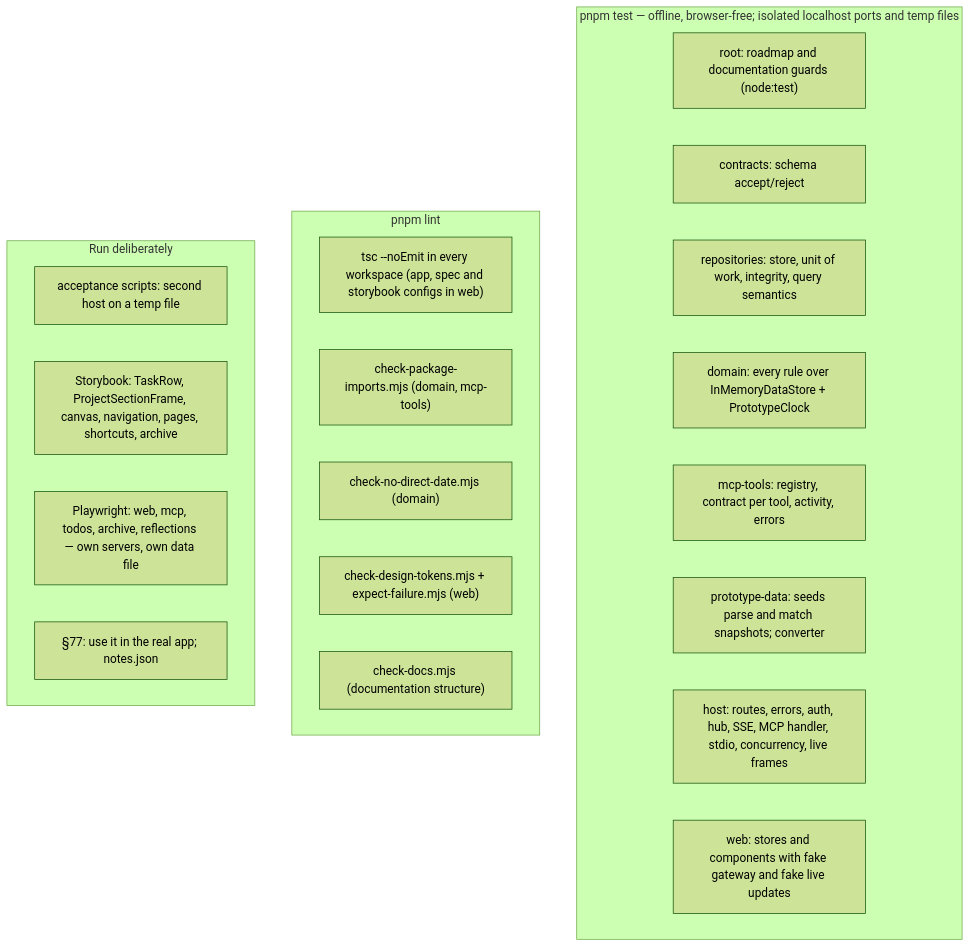
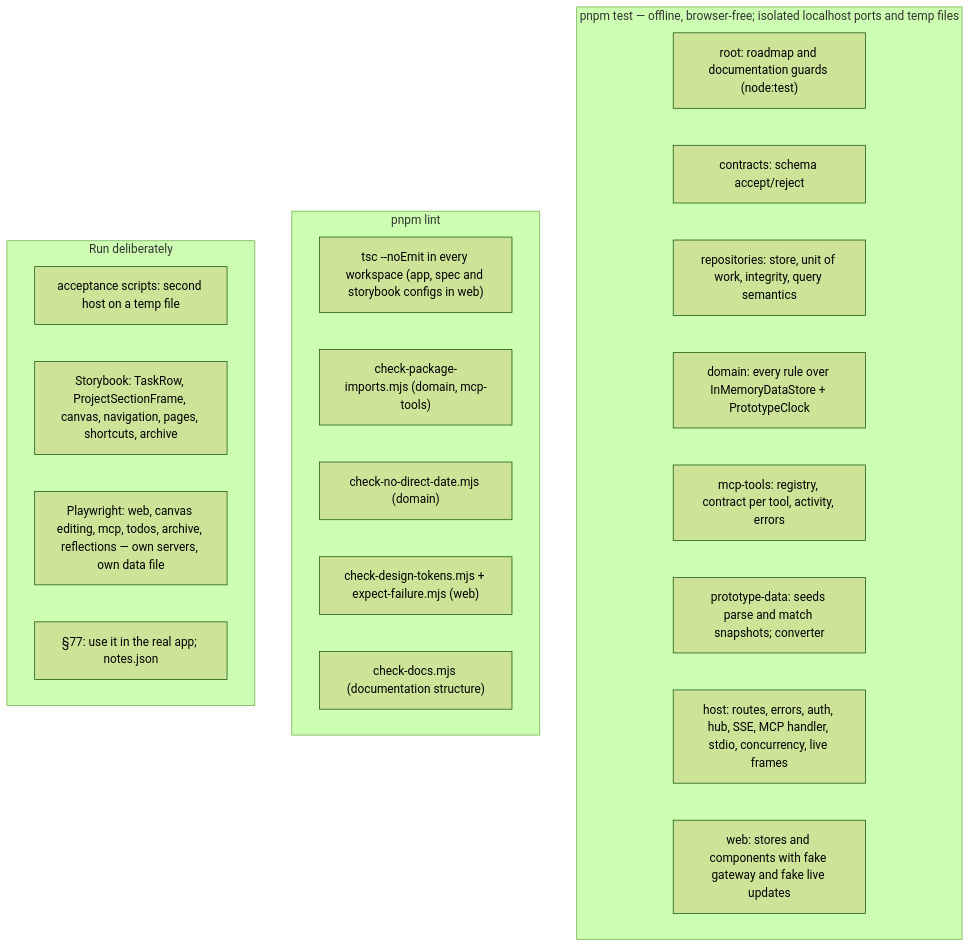
The first of 2 diagrams in docs/architecture/testing/what.md (CalciteDragon/Canvas-work-manager-prototype), drawn with Mermaid (forest theme) before and after one commit. The commit also changed other lines of this file and 74 other files, not shown here.

Commit message:
feat(slice-27): close direct canvas editing (§27)

````diff
--- a/docs/architecture/testing/what.md
+++ b/docs/architecture/testing/what.md
@@ -5,26 +5,26 @@
 ```mermaid
 flowchart TB
   subgraph offline["pnpm test — offline, browser-free; isolated localhost ports and temp files"]
     roadmap["root: roadmap and documentation guards (node:test)"]
     c["contracts: schema accept/reject"]
     r["repositories: store, unit of work, integrity, query semantics"]
     d["domain: every rule over InMemoryDataStore + PrototypeClock"]
     m["mcp-tools: registry, contract per tool, activity, errors"]
     p["prototype-data: seeds parse and match snapshots; converter"]
     h["host: routes, errors, auth, hub, SSE, MCP handler, stdio, concurrency, live frames"]
     w["web: stores and components with fake gateway and fake live updates"]
   end
   subgraph lint["pnpm lint"]
     tsc["tsc --noEmit in every workspace (app, spec and storybook configs in web)"]
     imp["check-package-imports.mjs (domain, mcp-tools)"]
     date["check-no-direct-date.mjs (domain)"]
     tok["check-design-tokens.mjs + expect-failure.mjs (web)"]
     docs["check-docs.mjs (documentation structure)"]
   end
   subgraph real["Run deliberately"]
     acc["acceptance scripts: second host on a temp file"]
     sb["Storybook: TaskRow, ProjectSectionFrame, canvas, navigation, pages, shortcuts, archive"]
-    e2e["Playwright: web, mcp, todos, archive, reflections — own servers, own data file"]
+    e2e["Playwright: web, canvas editing, mcp, todos, archive, reflections — own servers, own data file"]
     use["§77: use it in the real app; notes.json"]
   end
 ```
````
